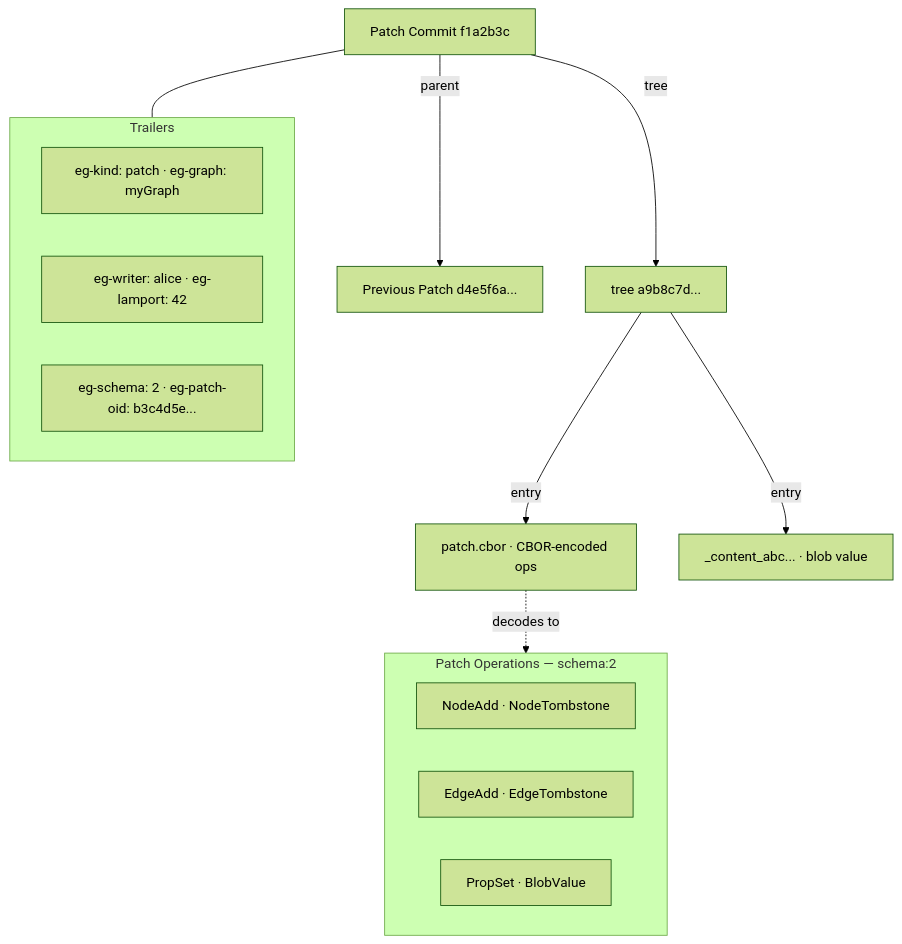
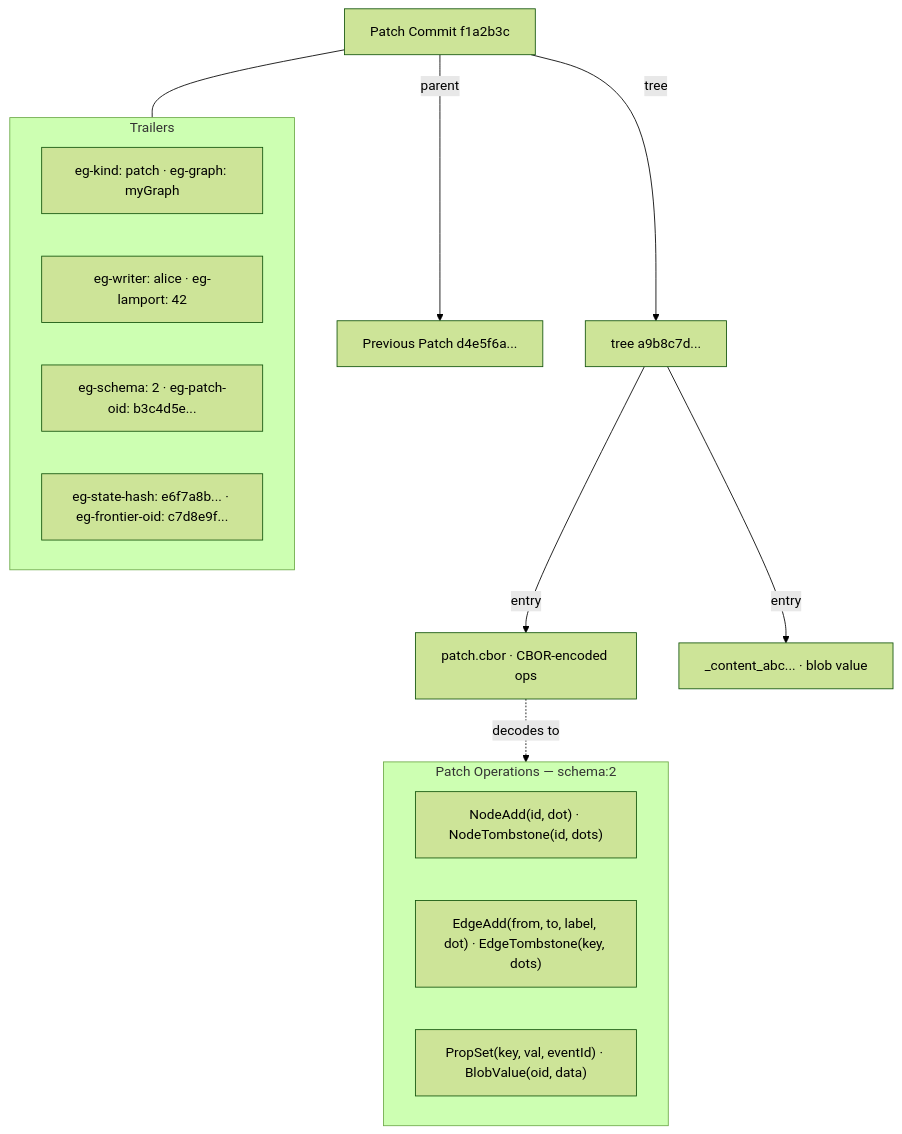
One commit to git-stunts/git-warp changed the seventh of 7 diagrams in docs/GUIDE.md. Above: the diagram before and after it, drawn with Mermaid (forest theme). The commit also changed other lines of this file and 4 other files, not shown here.

First line of the commit message:
fix(docs): restore lost detail in Mermaid diagrams

````diff
--- a/docs/GUIDE.md
+++ b/docs/GUIDE.md
@@ -1504,22 +1513,23 @@
 ```mermaid
 flowchart TB
     commit["Patch Commit f1a2b3c"] -->|parent| parent["Previous Patch d4e5f6a..."]
     commit -->|tree| tree["tree a9b8c7d..."]
     tree -->|entry| pcbor["patch.cbor · CBOR-encoded ops"]
     tree -->|entry| blob["_content_abc... · blob value"]
     pcbor -.->|"decodes to"| ops
 
     subgraph ops["Patch Operations — schema:2"]
-        na["NodeAdd · NodeTombstone"]
-        ea["EdgeAdd · EdgeTombstone"]
-        ps["PropSet · BlobValue"]
+        na["NodeAdd(id, dot) · NodeTombstone(id, dots)"]
+        ea["EdgeAdd(from, to, label, dot) · EdgeTombstone(key, dots)"]
+        ps["PropSet(key, val, eventId) · BlobValue(oid, data)"]
     end
 
     commit --- trailers
 
     subgraph trailers["Trailers"]
         t1["eg-kind: patch · eg-graph: myGraph"]
         t2["eg-writer: alice · eg-lamport: 42"]
         t3["eg-schema: 2 · eg-patch-oid: b3c4d5e..."]
+        t4["eg-state-hash: e6f7a8b... · eg-frontier-oid: c7d8e9f..."]
     end
 ```
````
